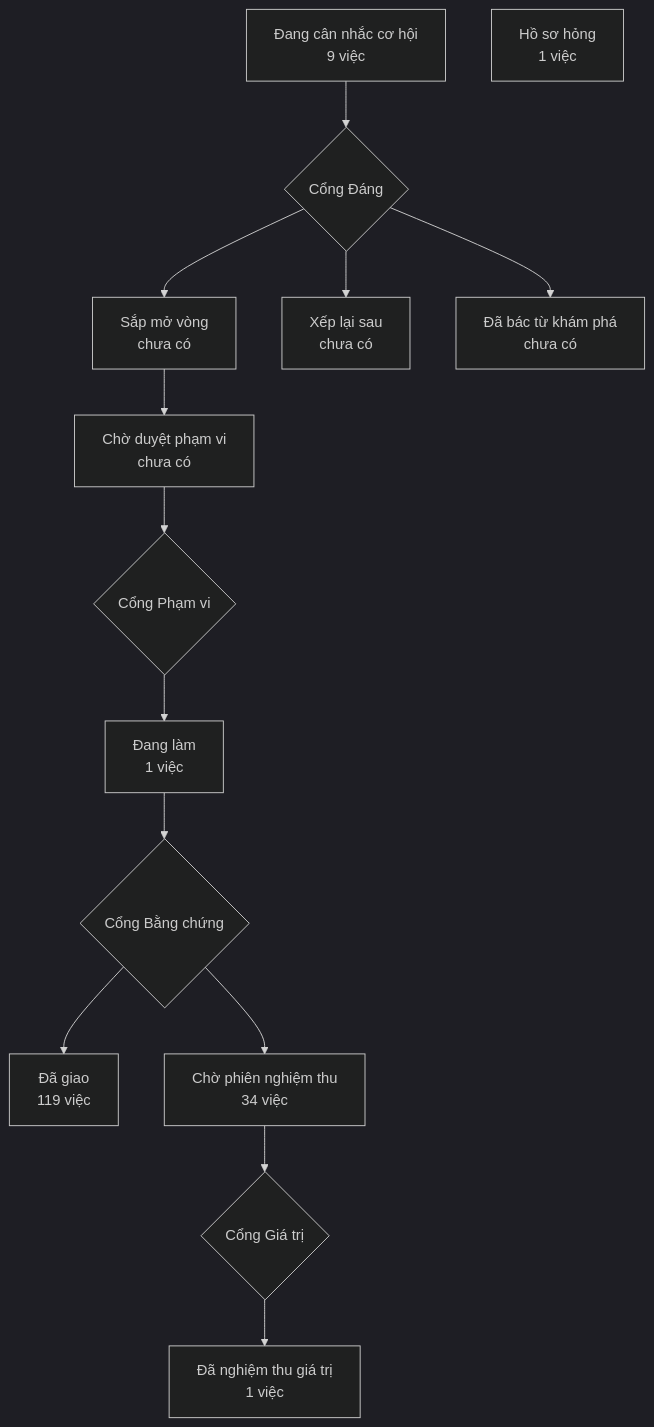
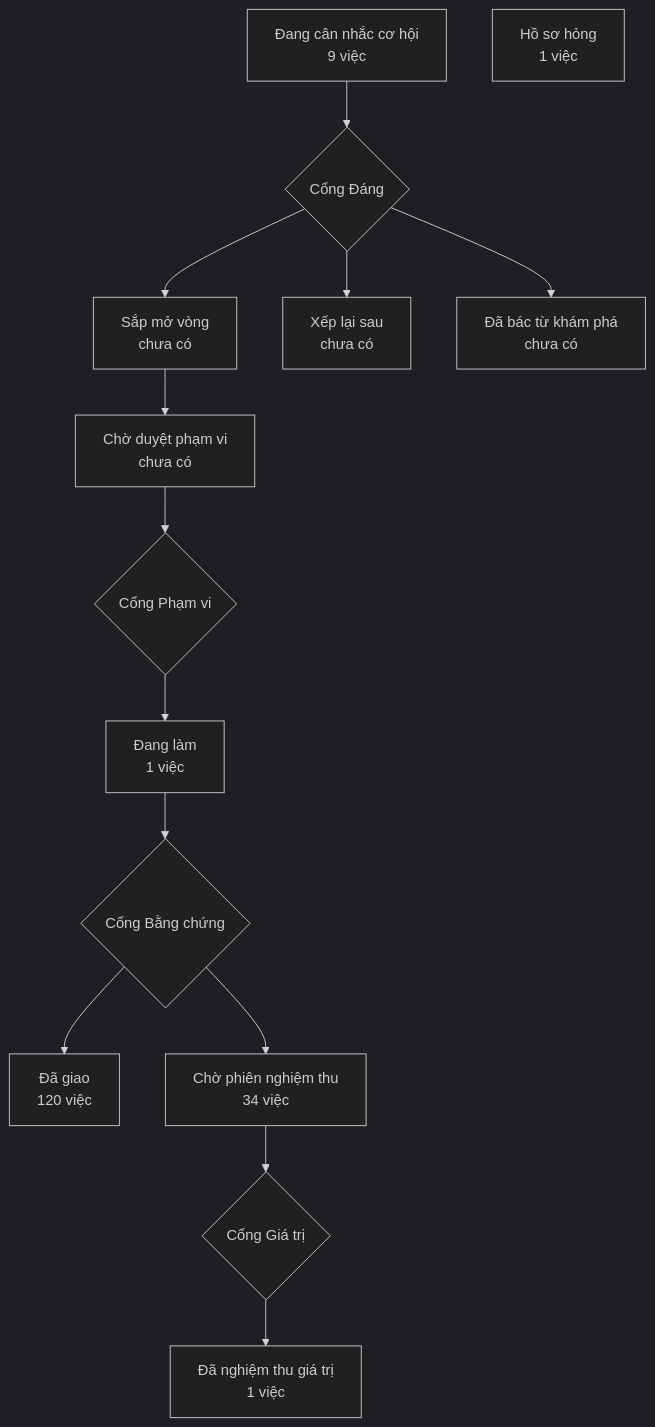
The diagram in PRODUCT-MAP.md (phanlemanh/crm-onehub), drawn with Mermaid (dark theme) before and after one commit. The commit also changed other lines of this file and 1 other file, not shown here.

Commit message:
chore(map): vẽ lại bản đồ sau gộp onehub — da-gui-dem-dung-kr-cho

````diff
--- a/PRODUCT-MAP.md
+++ b/PRODUCT-MAP.md
@@ -7,13 +7,13 @@
 ```mermaid
 flowchart TD
   A["Đang cân nhắc cơ hội<br/>9 việc"] --> GD{"Cổng Đáng"}
   GD --> B["Sắp mở vòng<br/>chưa có"]
   GD --> XL["Xếp lại sau<br/>chưa có"]
   GD --> DB["Đã bác từ khám phá<br/>chưa có"]
   B --> CD["Chờ duyệt phạm vi<br/>chưa có"] --> GP{"Cổng Phạm vi"}
   GP --> DL["Đang làm<br/>1 việc"] --> GB{"Cổng Bằng chứng"}
-  GB --> DG["Đã giao<br/>119 việc"]
+  GB --> DG["Đã giao<br/>120 việc"]
   GB --> CN["Chờ phiên nghiệm thu<br/>34 việc"] --> GG{"Cổng Giá trị"}
   GG --> NT["Đã nghiệm thu giá trị<br/>1 việc"]
   HS["Hồ sơ hỏng<br/>1 việc"]
 ```
````
